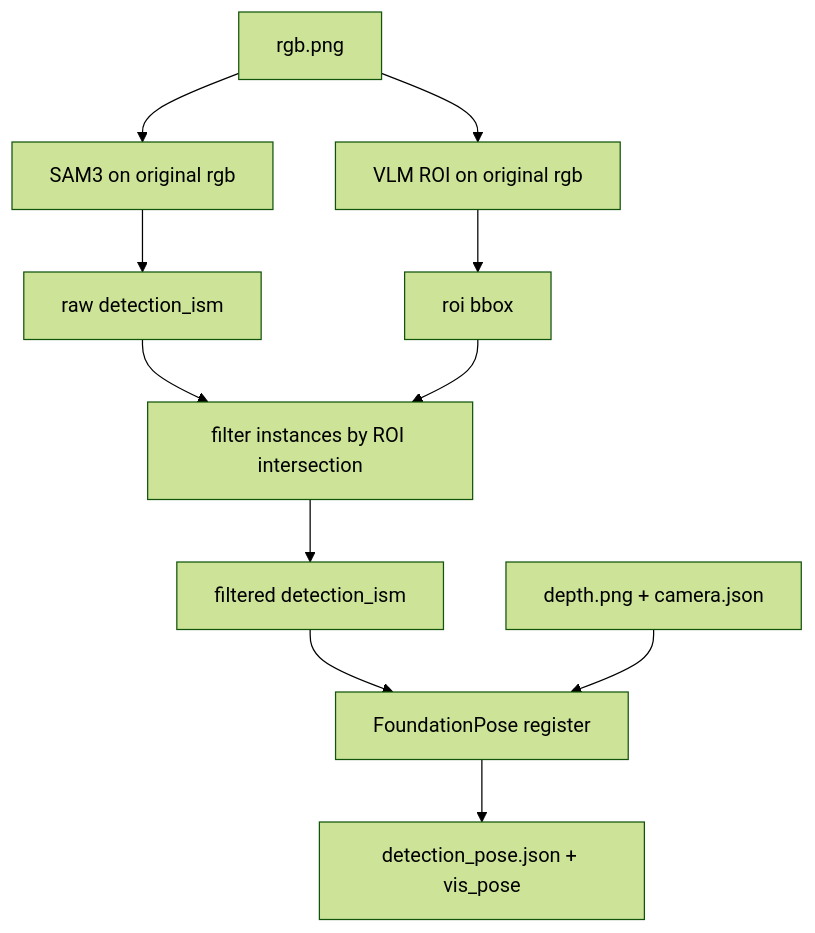
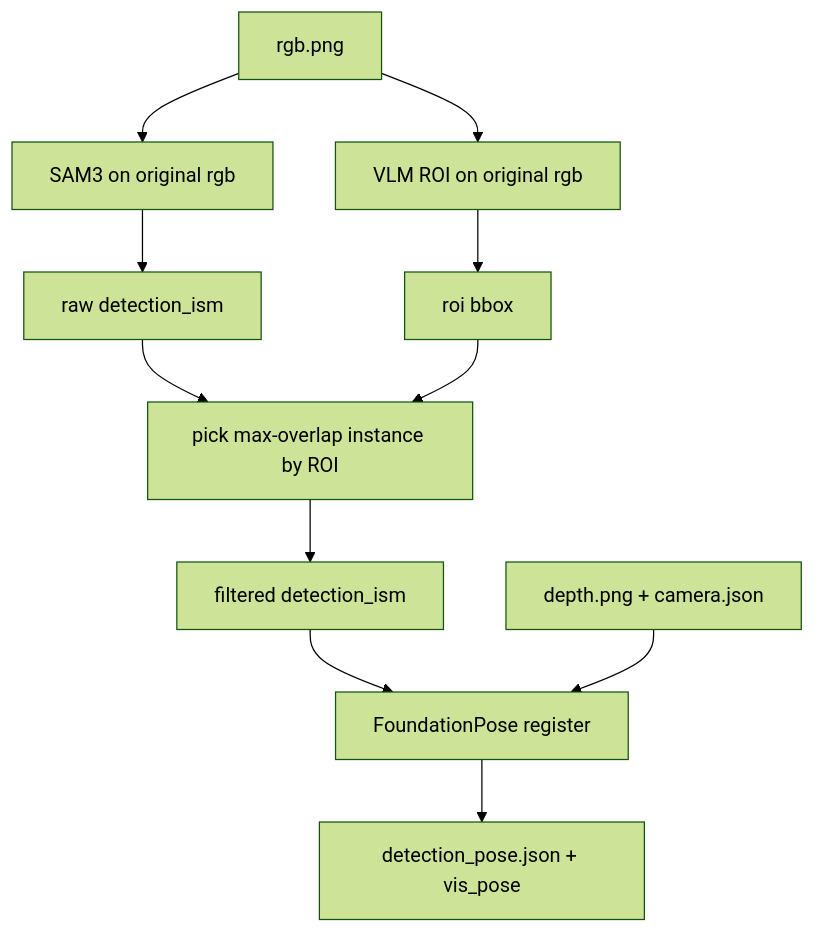
One commit to chenwen0511/FoundationPose changed the diagram in vlm_seg.md. Above: the diagram before and after it, drawn with Mermaid (forest theme). The commit also changed other lines of this file and 10 other files, not shown here.

Commit message:
VLM ROI as filter

````diff
--- a/vlm_seg.md
+++ b/vlm_seg.md
@@ -474,13 +469,13 @@
 ```mermaid
 flowchart TD
     A[rgb.png] --> B[SAM3 on original rgb]
     A --> C[VLM ROI on original rgb]
     B --> D[raw detection_ism]
     C --> E[roi bbox]
-    D --> F[filter instances by ROI intersection]
+    D --> F[pick max-overlap instance by ROI]
     E --> F
     F --> G[filtered detection_ism]
     G --> H[FoundationPose register]
     I[depth.png + camera.json] --> H
     H --> J[detection_pose.json + vis_pose]
 ```
````
